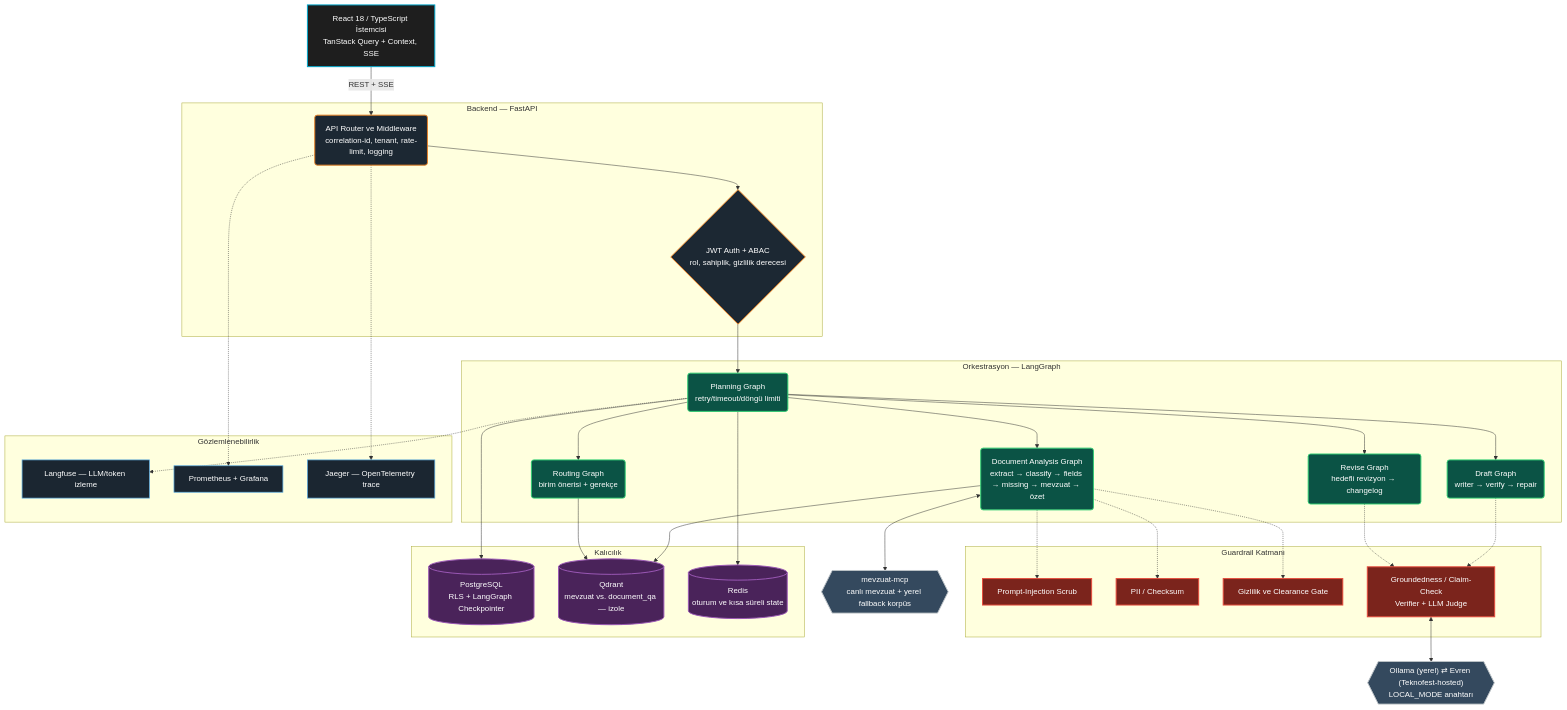
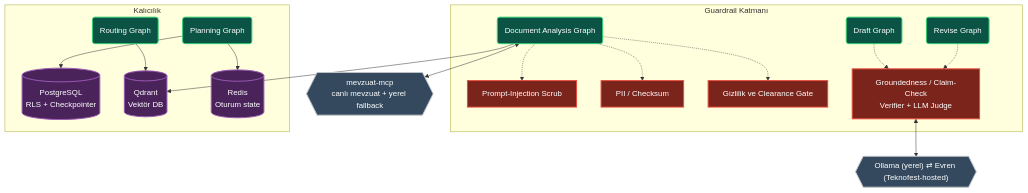
One commit to chyp3r/KACHOW-Teknofest-2026 changed the third of 12 diagrams in README.md. Above: the diagram before and after it, drawn with Mermaid. The commit also changed other lines of this file, not shown here.

````diff
--- a/README.md
+++ b/README.md
@@ -137,67 +191,43 @@
 ```mermaid
 graph TD
-    classDef client fill:#1e1e1e,stroke:#00a8cc,stroke-width:2px,color:#fff;
-    classDef api fill:#1c2833,stroke:#e67e22,stroke-width:2px,color:#fff;
     classDef orch fill:#0b5345,stroke:#2ecc71,stroke-width:2px,color:#fff;
     classDef guard fill:#7b241c,stroke:#e74c3c,stroke-width:2px,color:#fff;
     classDef storage fill:#4a235a,stroke:#9b59b6,stroke-width:2px,color:#fff;
     classDef external fill:#34495e,stroke:#bdc3c7,stroke-width:2px,color:#fff;
-    classDef obs fill:#1b2631,stroke:#5dade2,stroke-width:1.5px,color:#fff;
 
-    A[React 18 / TypeScript İstemcisi<br/>TanStack Query + Context, SSE]:::client -->|REST + SSE| B
-
-    subgraph "Backend — FastAPI"
-        B(API Router ve Middleware<br/>correlation-id, tenant, rate-limit, logging):::api
-        C{JWT Auth + ABAC<br/>rol, sahiplik, gizlilik derecesi}:::api
-        B --> C
-    end
-
-    subgraph "Orkestrasyon — LangGraph"
-        P(Planning Graph<br/>retry/timeout/döngü limiti):::orch
-        DA(Document Analysis Graph<br/>extract → classify → fields → missing → mevzuat → özet):::orch
-        DR(Draft Graph<br/>writer → verify → repair):::orch
-        RV(Revise Graph<br/>hedefli revizyon → changelog):::orch
-        RT(Routing Graph<br/>birim önerisi + gerekçe):::orch
-        C --> P
-        P --> DA
-        P --> DR
-        P --> RV
-        P --> RT
-    end
+    DA(Document Analysis Graph):::orch
+    DR(Draft Graph):::orch
+    RT(Routing Graph):::orch
+    RV(Revise Graph):::orch
+    P(Planning Graph):::orch
 
     subgraph "Guardrail Katmanı"
         GI[Prompt-Injection Scrub]:::guard
         GP[PII / Checksum]:::guard
         GS[Gizlilik ve Clearance Gate]:::guard
         GV[Groundedness / Claim-Check<br/>Verifier + LLM Judge]:::guard
+        
         DA -.-> GI
         DA -.-> GP
         DA -.-> GS
         DR -.-> GV
         RV -.-> GV
     end
 
-    M{{"Ollama (yerel) ⇄ Evren (Teknofest-hosted)<br/>LOCAL_MODE anahtarı"}}:::external
-    N{{"mevzuat-mcp<br/>canlı mevzuat + yerel fallback korpüs"}}:::external
+    M{{"Ollama (yerel) ⇄ Evren (Teknofest-hosted)"}}:::external
+    N{{"mevzuat-mcp<br/>canlı mevzuat + yerel fallback"}}:::external
+    
     GV <--> M
     DA <--> N
 
     subgraph "Kalıcılık"
-        I[(PostgreSQL<br/>RLS + LangGraph Checkpointer)]:::storage
-        J[(Qdrant<br/>mevzuat vs. document_qa — izole)]:::storage
-        K[(Redis<br/>oturum ve kısa süreli state)]:::storage
+        I[(PostgreSQL<br/>RLS + Checkpointer)]:::storage
+        J[(Qdrant<br/>Vektör DB)]:::storage
+        K[(Redis<br/>Oturum state)]:::storage
+        
         P --> I
         DA --> J
         RT --> J
         P --> K
     end
-
-    subgraph "Gözlemlenebilirlik"
-        O1[Langfuse — LLM/token izleme]:::obs
-        O2[Prometheus + Grafana]:::obs
-        O3[Jaeger — OpenTelemetry trace]:::obs
-    end
-    P -.-> O1
-    B -.-> O2
-    B -.-> O3
 ```
````
